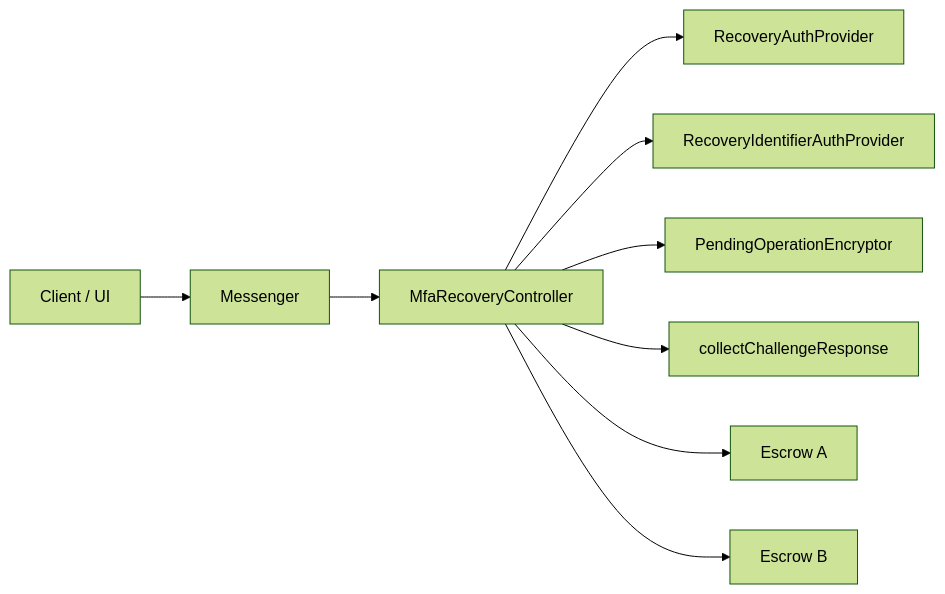
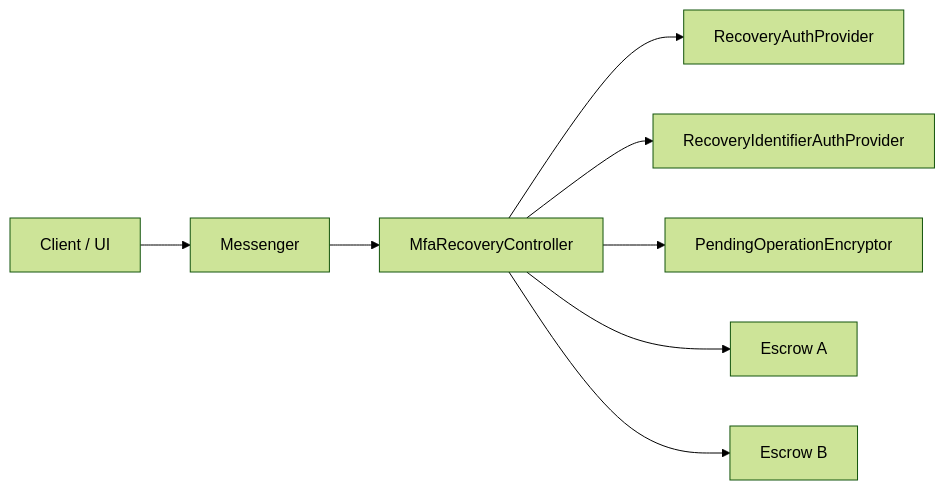
The first of 6 diagrams in packages/mfa-recovery-controller/ARCHITECTURE.md (MetaMask/core), drawn with Mermaid (forest theme) before and after one commit. The commit also changed other lines of this file and 16 other files, not shown here.

````diff
--- a/packages/mfa-recovery-controller/ARCHITECTURE.md
+++ b/packages/mfa-recovery-controller/ARCHITECTURE.md
@@ -13,21 +13,19 @@
 ```mermaid
 flowchart LR
   Client["Client / UI"]
   Messenger["Messenger"]
   Ctrl["MfaRecoveryController"]
   Auth["RecoveryAuthProvider"]
   IdP["RecoveryIdentifierAuthProvider"]
   Enc["PendingOperationEncryptor"]
-  Collect["collectChallengeResponse"]
   EA["Escrow A"]
   EB["Escrow B"]
 
   Client --> Messenger
   Messenger --> Ctrl
   Ctrl --> Auth
   Ctrl --> IdP
   Ctrl --> Enc
-  Ctrl --> Collect
   Ctrl --> EA
   Ctrl --> EB
 ```
````
